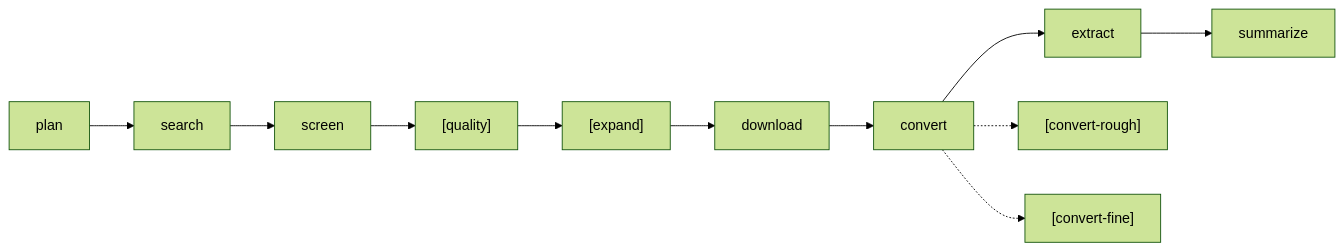
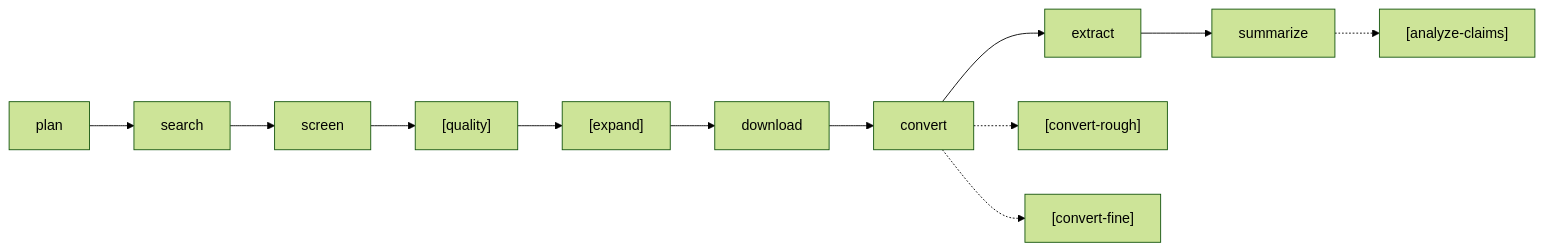
The first of 2 diagrams in .github/skills/research-pipeline/SKILL.md (grammy-jiang/research-pipeline), drawn with Mermaid (forest theme) before and after one commit. The commit also changed other lines of this file and 10 other files, not shown here.

````diff
--- a/.github/skills/research-pipeline/SKILL.md
+++ b/.github/skills/research-pipeline/SKILL.md
@@ -61,9 +61,10 @@
 ```mermaid
 flowchart LR
     plan --> search --> screen
     screen --> quality["[quality]"]
     quality --> expand["[expand]"]
     expand --> download --> convert --> extract --> summarize
+    summarize -.-> analyze-claims["[analyze-claims]"]
     convert -.-> convert-rough["[convert-rough]"]
     convert -.-> convert-fine["[convert-fine]"]
 ```
````
